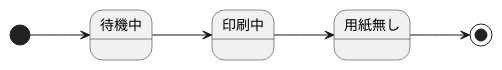
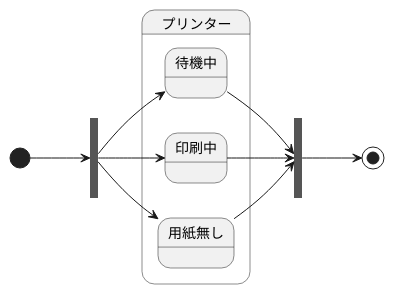
The diagram in 演習6-1_SD_プリンタ.pu (Takhshi/uml-introduction), drawn with PlantUML before and after one commit. The commit also changed 2 other files, not shown here.

```diff
--- a/演習6-1_SD_プリンタ.pu
+++ b/演習6-1_SD_プリンタ.pu
@@ -1,7 +1,18 @@
 @startuml 演習6-1
 left to right direction
-[*] --> 待機中
-待機中--> 印刷中
-印刷中--> 用紙無し
-用紙無し--> [*]
+state f <<fork>>
+state j <<join>>
+state プリンター {
+    state 待機中
+    state 印刷中
+    state 用紙無し
+}
+[*] --> f
+f --> 待機中
+f --> 印刷中
+f --> 用紙無し
+待機中 --> j
+印刷中 --> j
+用紙無し --> j
+j --> [*]
 @enduml
```
